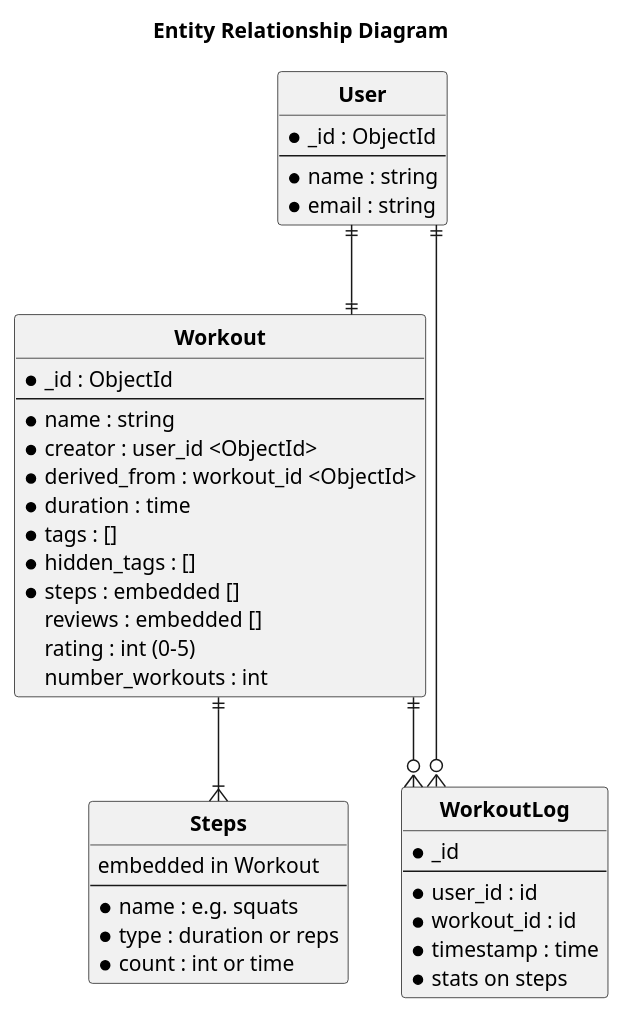
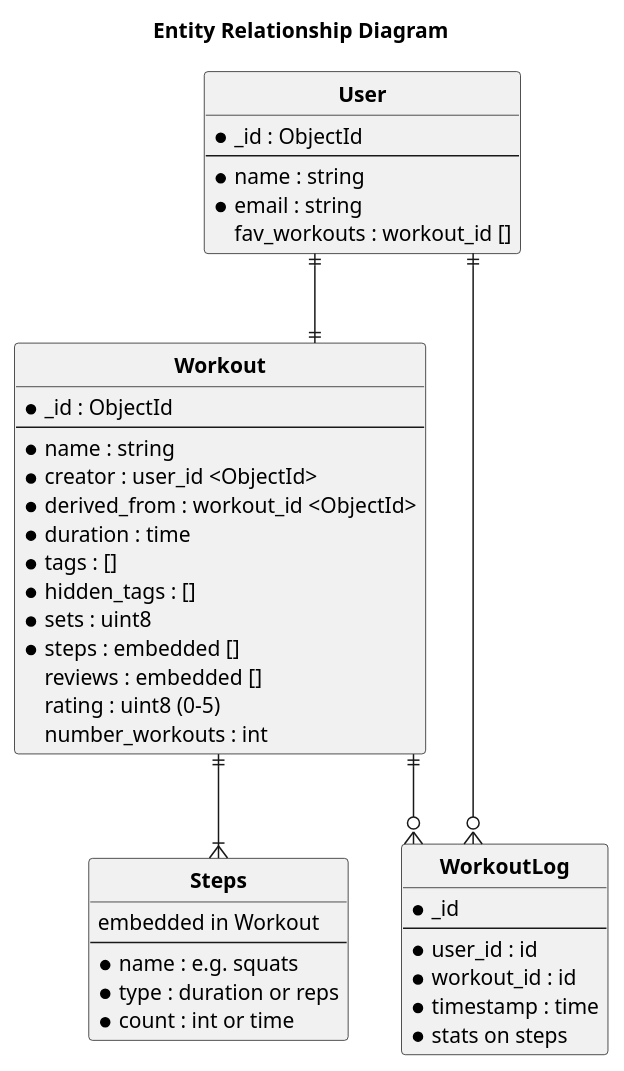
The diagram in docs/diagrams/src/data_schema.puml (wongway/tmp-form-app), drawn with PlantUML before and after one commit. The commit also changed 3 other files, not shown here.

Commit message:
Fixed a couple schema problems

```diff
--- a/docs/diagrams/src/data_schema.puml
+++ b/docs/diagrams/src/data_schema.puml
@@ -1,52 +1,54 @@
 @startuml data_schema
 
 title Entity Relationship Diagram
 
 hide circle
 skinparam linetype ortho
 
 entity "**User**" as User {
     * _id : ObjectId
     ---
     * name : string
     * email : string
+    fav_workouts : workout_id []
 }
 
 entity "**Workout**" as Workout {
     * _id : ObjectId
     ---
     * name : string
     * creator : user_id <ObjectId>
     * derived_from : workout_id <ObjectId>
     * duration : time
     * tags : []
     * hidden_tags : []
+    * sets : uint8
     * steps : embedded []
     reviews : embedded []
-    rating : int (0-5)
+    rating : uint8 (0-5)
     number_workouts : int
 }
 
 entity "**Steps**" as Steps {
     embedded in Workout
     ---
     * name : e.g. squats
     * type : duration or reps
     * count : int or time
 }
 
 entity "**WorkoutLog**" as WorkoutLog {
     * _id
     ---
     * user_id : id
     * workout_id : id
     * timestamp : time
     * stats on steps
 }
 
 Workout ||--|{ Steps
 Workout ||--o{ WorkoutLog
 User ||--o{ WorkoutLog
 User ||--|| Workout
 
 @enduml
```
